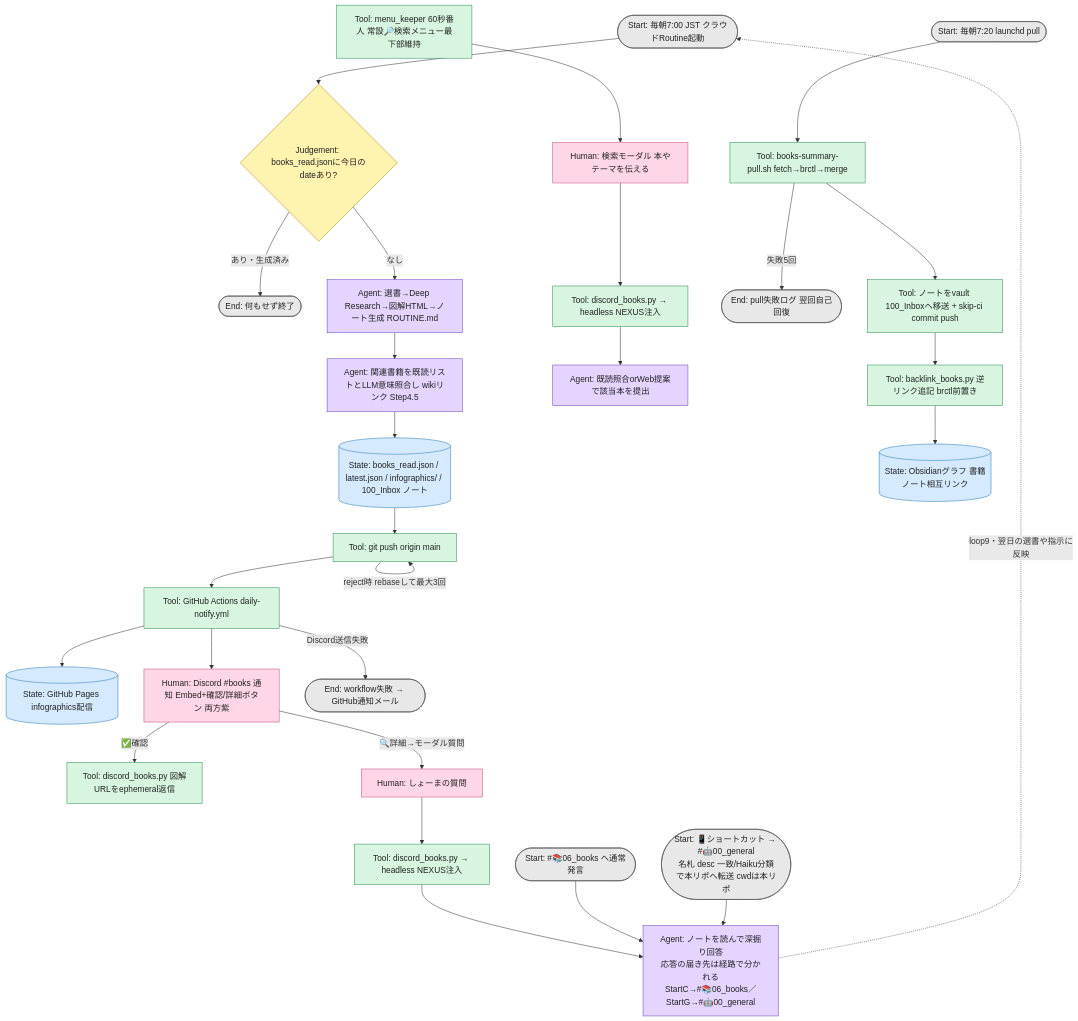
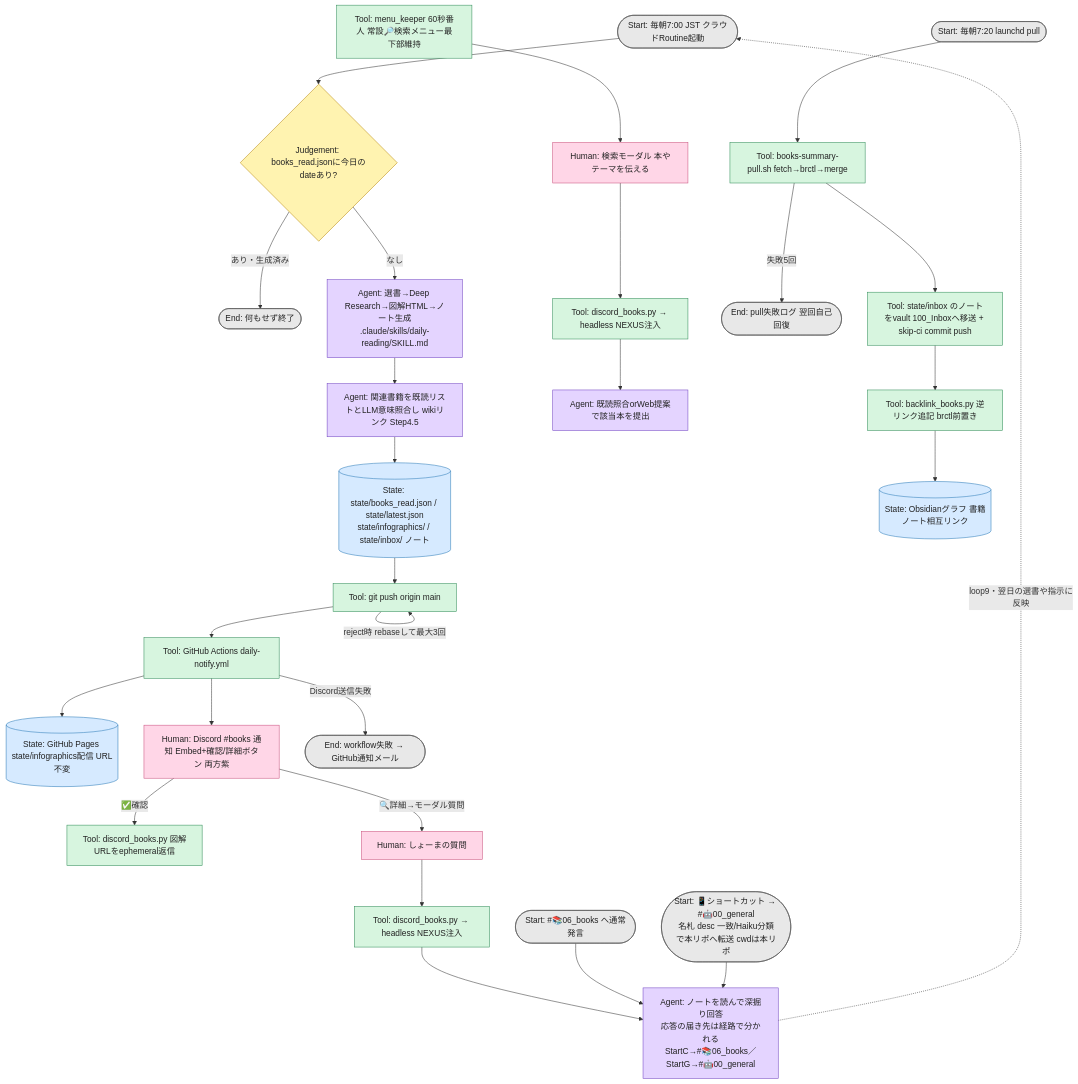
Before and after one commit to oshomadesse/books-summary: the diagram in README.md, drawn with Mermaid. The commit also changed other lines of this file and 367 other files, not shown here.

First line of the commit message:
第一階層を graph-scaffold テンプレートへ完全整列（infographics・100_Inbox・ROUTINE.md を規定の場所へ）

````diff
--- a/README.md
+++ b/README.md
@@ -63,38 +63,38 @@
 ```mermaid
 flowchart TD
     %% この図はHumanがグラフを監視する唯一の場所。Node・Edge・Loop・State変更時は同じpushで必ず更新する（.claude/rules/docs-sync.md）。
     Start([Start: 毎朝7:00 JST クラウドRoutine起動]):::startend --> G{Judgement: books_read.jsonに今日のdateあり?}:::judgement
     G -->|あり・生成済み| EndSkip([End: 何もせず終了]):::startend
-    G -->|なし| A[Agent: 選書→Deep Research→図解HTML→ノート生成 ROUTINE.md]:::agent
+    G -->|なし| A["Agent: 選書→Deep Research→図解HTML→ノート生成<br>.claude/skills/daily-reading/SKILL.md"]:::agent
     A --> L[Agent: 関連書籍を既読リストとLLM意味照合し wikiリンク Step4.5]:::agent
-    L --> SR[(State: books_read.json / latest.json / infographics/ / 100_Inbox ノート)]:::state
+    L --> SR[("State: state/books_read.json / state/latest.json<br>state/infographics/ / state/inbox/ ノート")]:::state
     SR --> P[Tool: git push origin main]:::tool
     P -->|reject時 rebaseして最大3回| P
     P --> W[Tool: GitHub Actions daily-notify.yml]:::tool
-    W --> PG[(State: GitHub Pages infographics配信)]:::state
+    W --> PG[(State: GitHub Pages state/infographics配信 URL不変)]:::state
     W --> DN[Human: Discord #books 通知 Embed+確認/詳細ボタン 両方紫]:::human
     DN -->|✅確認| CF[Tool: discord_books.py 図解URLをephemeral返信]:::tool
     MK[Tool: menu_keeper 60秒番人 常設🔎検索メニュー最下部維持]:::tool --> SM[Human: 検索モーダル 本やテーマを伝える]:::human
     SM --> DB2[Tool: discord_books.py → headless NEXUS注入]:::tool
     DB2 --> SA[Agent: 既読照合orWeb提案で該当本を提出]:::agent
     W -->|Discord送信失敗| ErrW([End: workflow失敗 → GitHub通知メール]):::startend
     Start2([Start: 毎朝7:20 launchd pull]):::startend --> PU[Tool: books-summary-pull.sh fetch→brctl→merge]:::tool
     PU -->|失敗5回| ErrP([End: pull失敗ログ 翌回自己回復]):::startend
-    PU --> MV[Tool: ノートをvault 100_Inboxへ移送 + skip-ci commit push]:::tool
+    PU --> MV[Tool: state/inbox のノートをvault 100_Inboxへ移送 + skip-ci commit push]:::tool
     MV --> BL[Tool: backlink_books.py 逆リンク追記 brctl前置き]:::tool
     BL --> OB[(State: Obsidianグラフ 書籍ノート相互リンク)]:::state
     DN -->|🔍詳細→モーダル質問| HD[Human: しょーまの質問]:::human
     HD --> DB[Tool: discord_books.py → headless NEXUS注入]:::tool
     DB --> DA[Agent: ノートを読んで深掘り回答<br>応答の届き先は経路で分かれる<br>StartC→#📚06_books／StartG→#🤖00_general]:::agent
     StartC([Start: #📚06_books へ通常発言]):::startend --> DA
     StartG([Start: 📱ショートカット → #🤖00_general<br>名札 desc 一致/Haiku分類で本リポへ転送 cwdは本リポ]):::startend --> DA
     DA -.->|loop9・翌日の選書や指示に反映| Start
 
     classDef agent fill:#e4d4ff,stroke:#6f42c1,color:#222
     classDef tool fill:#d7f5df,stroke:#2e8b57,color:#222
     classDef human fill:#ffd6e7,stroke:#c94f7c,color:#222
     classDef evaluator fill:#ffe0b2,stroke:#d97706,color:#222
     classDef state fill:#d6eaff,stroke:#2878b5,color:#222
     classDef judgement fill:#fff3b0,stroke:#b8860b,color:#222
     classDef startend fill:#e8e8e8,stroke:#555,color:#222
 ```
````
